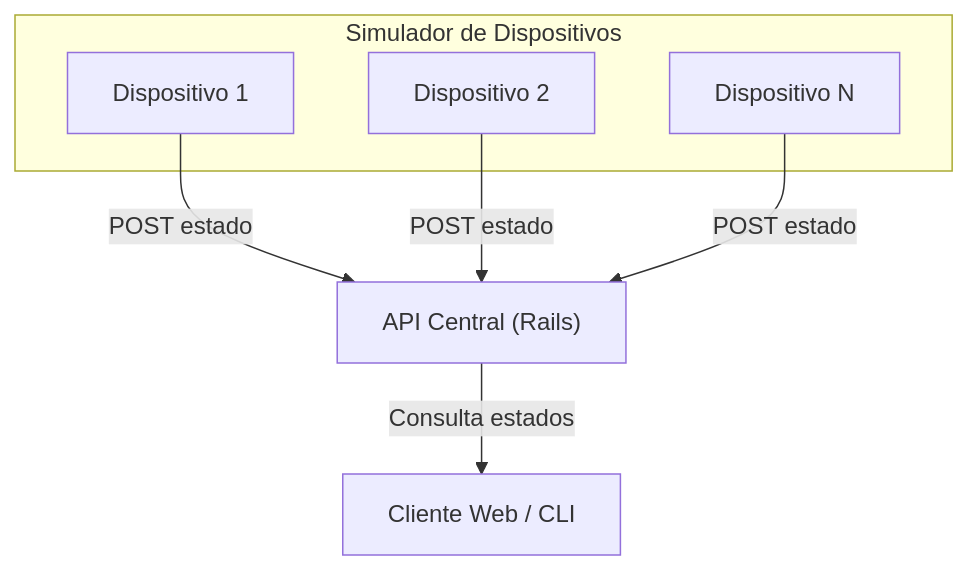
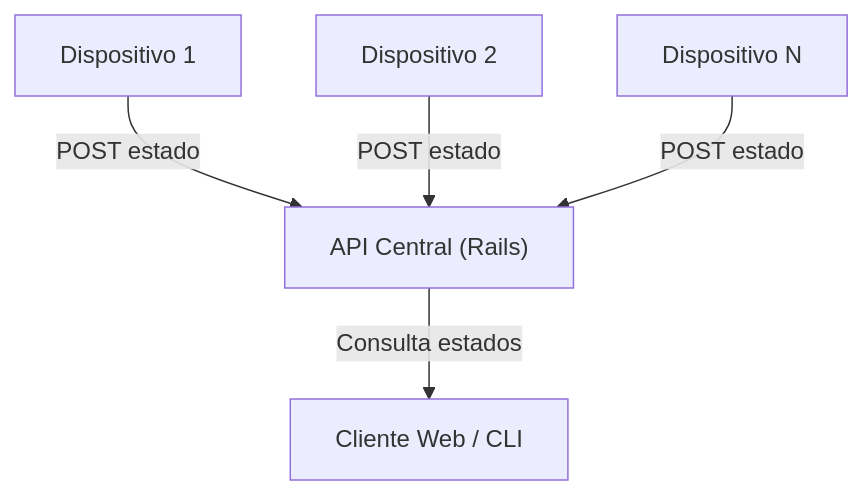
One commit to e-melgarejoa/niufoods-test changed the first of 2 diagrams in README.md. Above: the diagram before and after it, drawn with Mermaid.

Commit message:
Fix diagram syntax

````diff
--- a/README.md
+++ b/README.md
@@ -17,12 +17,13 @@
 ```mermaid
 flowchart TD
-    subgraph "Simulador de Dispositivos"
-        D1["Dispositivo 1"]
-        D2["Dispositivo 2"]
-        Dn["Dispositivo N"]
-    end
-    D1 -- "POST estado" --> API["API Central (Rails)"]
+    D1["Dispositivo 1"]
+    D2["Dispositivo 2"]
+    Dn["Dispositivo N"]
+    API["API Central (Rails)"]
+    Cliente["Cliente Web / CLI"]
+
+    D1 -- "POST estado" --> API
     D2 -- "POST estado" --> API
     Dn -- "POST estado" --> API
-    API -- "Consulta estados" --> Cliente["Cliente Web / CLI"]
+    API -- "Consulta estados" --> Cliente
 ```
````
